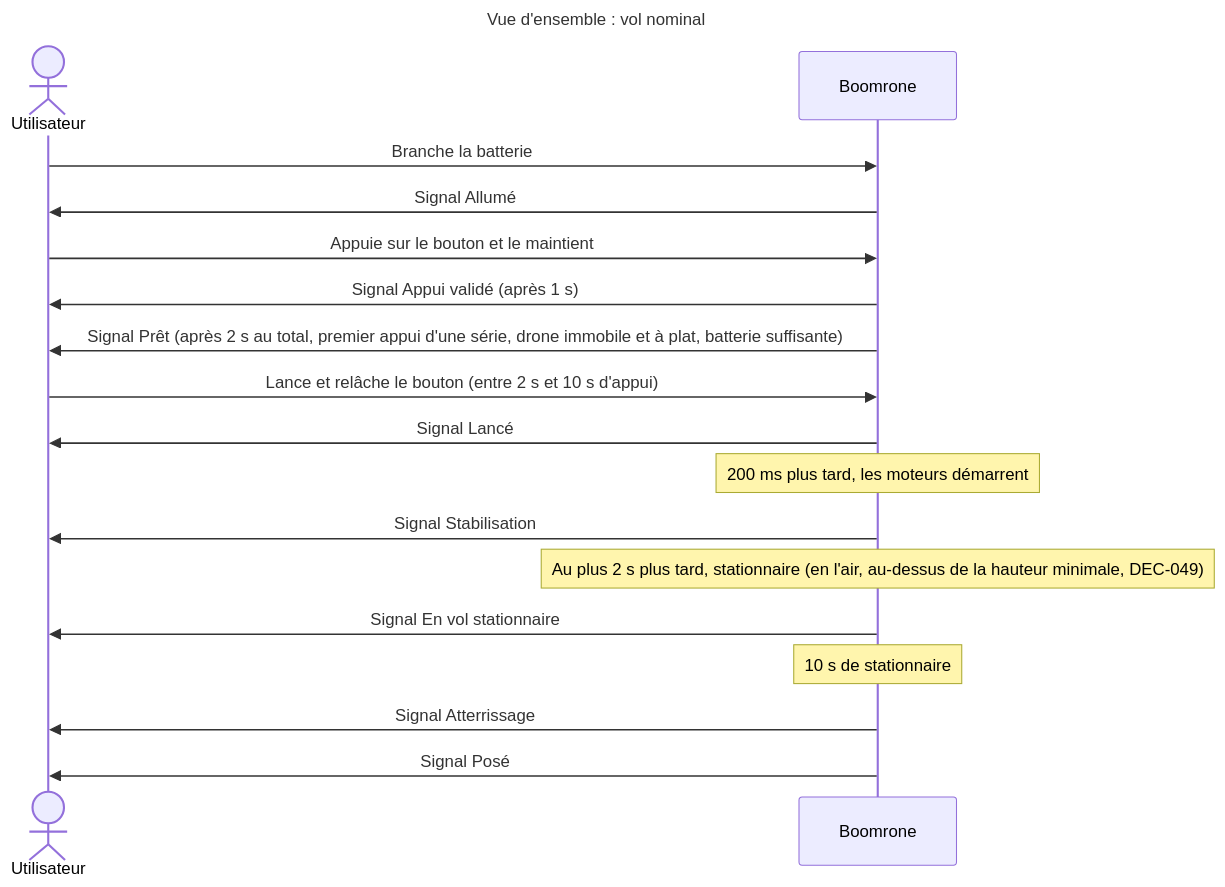
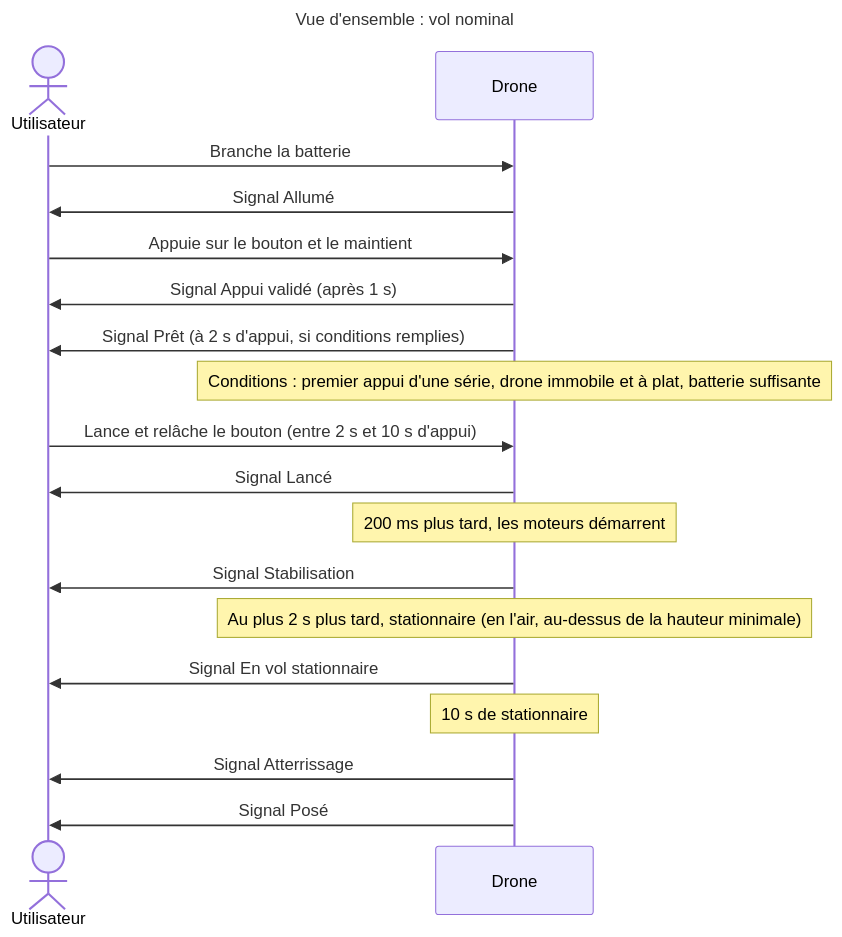
The first of 15 diagrams in projets/boomrone/00-scenarios.md (thourymatthieu-png/coworker_archi_system), drawn with Mermaid before and after one commit. The commit also changed other lines of this file and 5 other files, not shown here.

Commit message:
Boomrone : diagrammes d'ensemble scindés (a, b, c), glossaire, relectures de porte, DEC-083 à DEC-086, doutes DOU-085 à DOU-090

````diff
--- a/projets/boomrone/00-scenarios.md
+++ b/projets/boomrone/00-scenarios.md
@@ -14,22 +11,23 @@
 ```mermaid
 ---
 title: "Vue d'ensemble : vol nominal"
 ---
 sequenceDiagram
     actor U as Utilisateur
-    participant D as Boomrone
+    participant D as Drone
     U->>D: Branche la batterie
     D->>U: Signal Allumé
     U->>D: Appuie sur le bouton et le maintient
     D->>U: Signal Appui validé (après 1 s)
-    D->>U: Signal Prêt (après 2 s au total, premier appui d'une série, drone immobile et à plat, batterie suffisante)
+    D->>U: Signal Prêt (à 2 s d'appui, si conditions remplies)
+    Note over D: Conditions : premier appui d'une série, drone immobile et à plat, batterie suffisante
     U->>D: Lance et relâche le bouton (entre 2 s et 10 s d'appui)
     D->>U: Signal Lancé
     Note over D: 200 ms plus tard, les moteurs démarrent
     D->>U: Signal Stabilisation
-    Note over D: Au plus 2 s plus tard, stationnaire (en l'air, au-dessus de la hauteur minimale, DEC-049)
+    Note over D: Au plus 2 s plus tard, stationnaire (en l'air, au-dessus de la hauteur minimale)
     D->>U: Signal En vol stationnaire
     Note over D: 10 s de stationnaire
     D->>U: Signal Atterrissage
     D->>U: Signal Posé
 ```
````
